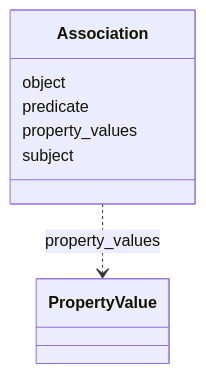
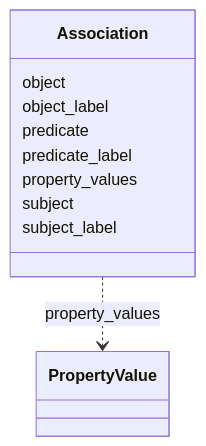
One commit to INCATools/ontology-access-kit changed the diagram in association/Association.md. Above: the diagram before and after it, drawn with Mermaid. The commit also changed other lines of this file and 53 other files, not shown here.

````diff
--- a/association/Association.md
+++ b/association/Association.md
@@ -11,15 +11,21 @@
 ```{mermaid}
  classDiagram
     class Association
       Association : object
         
+      Association : object_label
+        
       Association : predicate
+        
+      Association : predicate_label
         
       Association : property_values
         
           Association ..> PropertyValue : property_values
         
       Association : subject
         
+      Association : subject_label
+        
       
 ```
````
